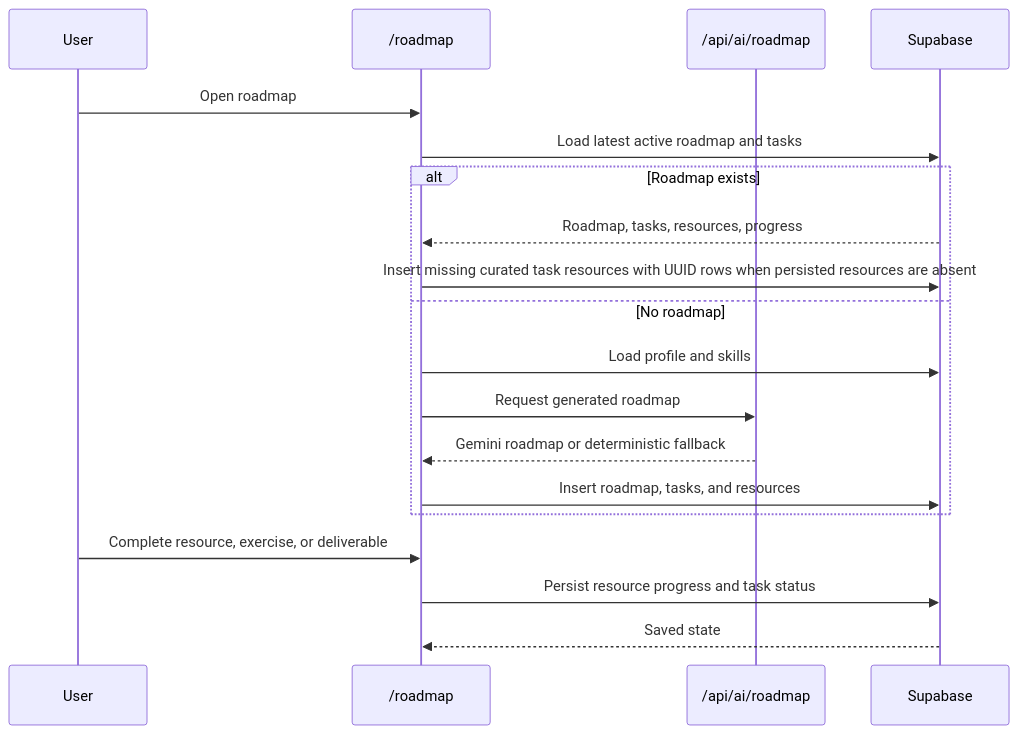
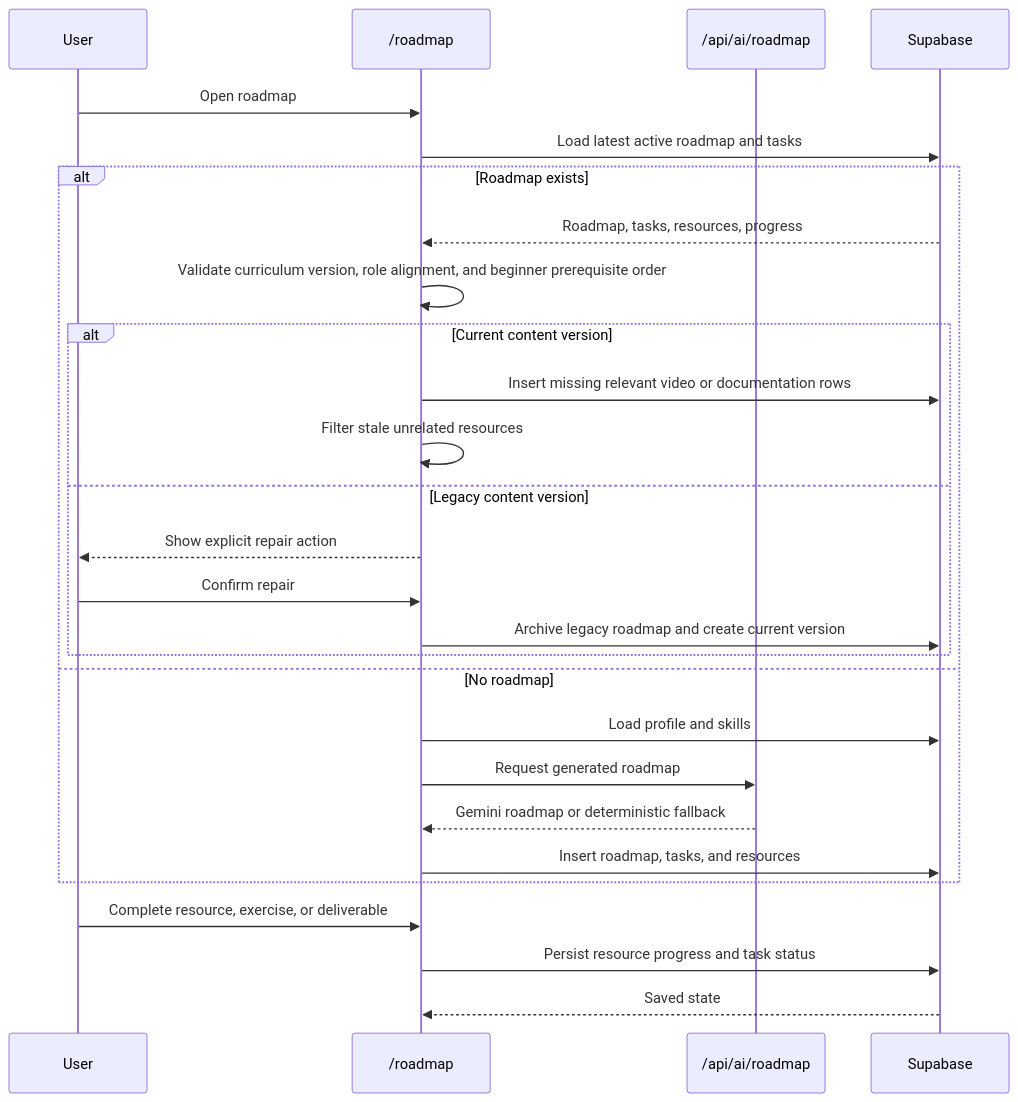
Before and after one commit to Sutannn13/Skill-Path-AI: the sixth of 8 diagrams in docs/flow-overview.md, drawn with Mermaid. The commit also changed other lines of this file and 38 other files, not shown here.

````diff
--- a/docs/flow-overview.md
+++ b/docs/flow-overview.md
@@ -81,22 +81,30 @@
 ```mermaid
 sequenceDiagram
   participant User
   participant Page as /roadmap
   participant API as /api/ai/roadmap
   participant DB as Supabase
 
   User->>Page: Open roadmap
   Page->>DB: Load latest active roadmap and tasks
   alt Roadmap exists
     DB-->>Page: Roadmap, tasks, resources, progress
-    Page->>DB: Insert missing curated task resources with UUID rows when persisted resources are absent
+    Page->>Page: Validate curriculum version, role alignment, and beginner prerequisite order
+    alt Current content version
+      Page->>DB: Insert missing relevant video or documentation rows
+      Page->>Page: Filter stale unrelated resources
+    else Legacy content version
+      Page-->>User: Show explicit repair action
+      User->>Page: Confirm repair
+      Page->>DB: Archive legacy roadmap and create current version
+    end
   else No roadmap
     Page->>DB: Load profile and skills
     Page->>API: Request generated roadmap
     API-->>Page: Gemini roadmap or deterministic fallback
     Page->>DB: Insert roadmap, tasks, and resources
   end
   User->>Page: Complete resource, exercise, or deliverable
   Page->>DB: Persist resource progress and task status
   DB-->>Page: Saved state
 ```
````
